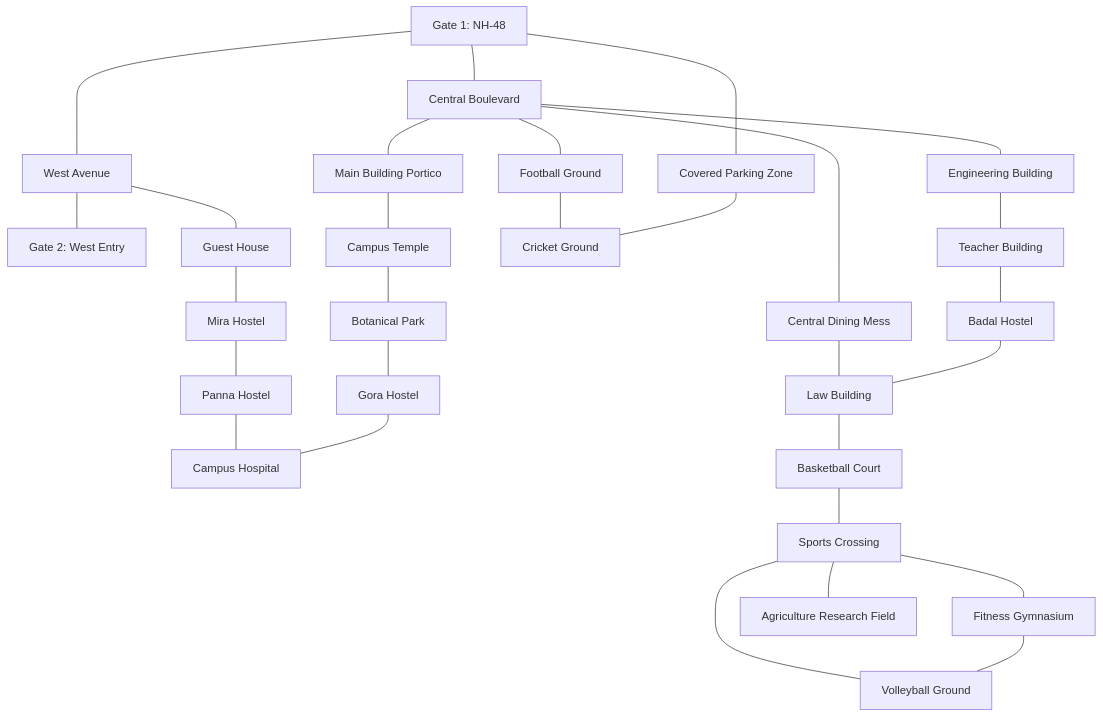
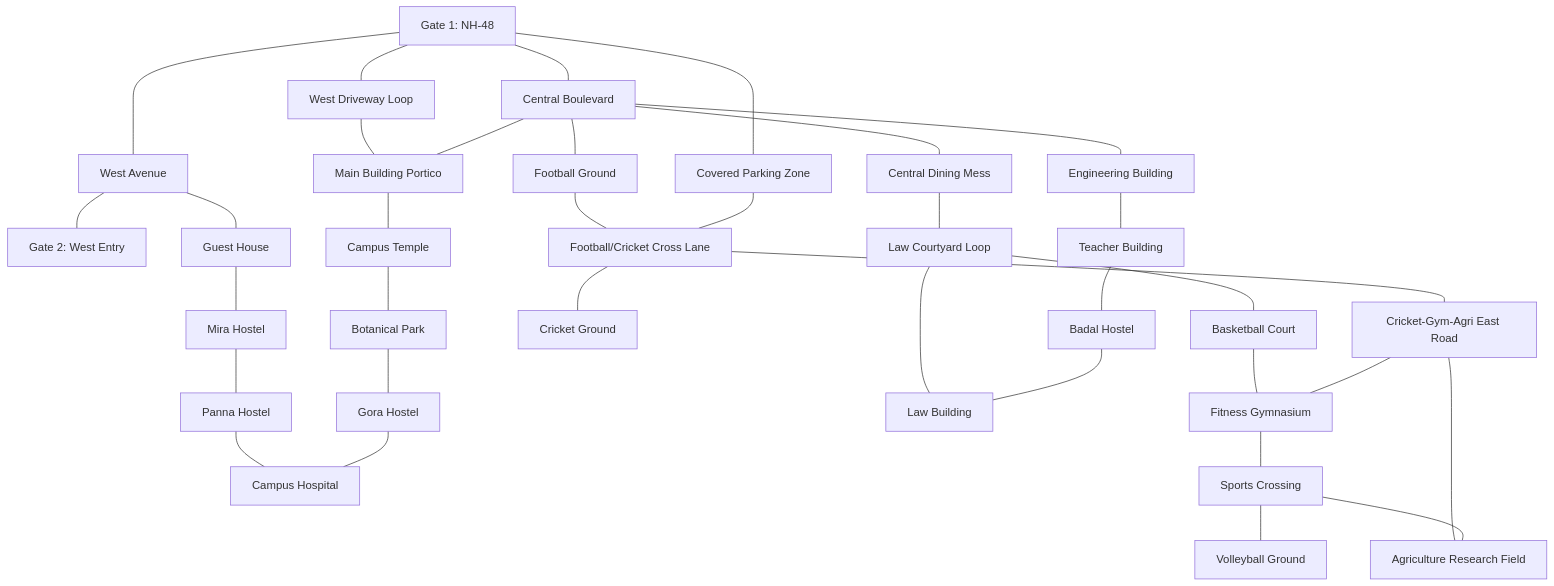
The diagram in docs/modules/CAMPUS_MAP.md (pixel-library/NextCampus), drawn with Mermaid before and after one commit. The commit also changed other lines of this file and 2 other files, not shown here.

Commit message:
fix(gis): recalibrate 6 landmarks and 15 blue road branches to match satellite markup ground truth

````diff
--- a/docs/modules/CAMPUS_MAP.md
+++ b/docs/modules/CAMPUS_MAP.md
@@ -106,31 +106,37 @@
 ```mermaid
 flowchart TD
     G1[Gate 1: NH-48] --- PRK[Covered Parking Zone]
+    G1 --- W_LOOP[West Driveway Loop]
+    W_LOOP --- MAIN[Main Building Portico]
     G1 --- WP[West Avenue]
     WP --- G2[Gate 2: West Entry]
     WP --- GH[Guest House]
     GH --- MIRA[Mira Hostel]
     MIRA --- PANNA[Panna Hostel]
     PANNA --- HOSP[Campus Hospital]
     G1 --- MAIN_W[Central Boulevard]
-    MAIN_W --- MAIN[Main Building Portico]
+    MAIN_W --- MAIN
     MAIN --- TMP[Campus Temple]
     TMP --- PARK[Botanical Park]
     PARK --- GORA[Gora Hostel]
     GORA --- HOSP
     MAIN_W --- FTB[Football Ground]
-    FTB --- CRK[Cricket Ground]
-    PRK --- CRK
+    FTB --- CRK_PATH[Football/Cricket Cross Lane]
+    PRK --- CRK_PATH
+    CRK_PATH --- CRK[Cricket Ground]
+    CRK_PATH --- CRK_E[Cricket-Gym-Agri East Road]
     MAIN_W --- MESS[Central Dining Mess]
-    MESS --- LAW[Law Building]
+    MESS --- LAW_LOOP[Law Courtyard Loop]
+    LAW_LOOP --- LAW[Law Building]
     MAIN_W --- ENG[Engineering Building]
     ENG --- TB[Teacher Building]
     TB --- BADAL[Badal Hostel]
     BADAL --- LAW
-    LAW --- BBALL[Basketball Court]
-    BBALL --- CROSS[Sports Crossing]
-    CROSS --- GYM[Fitness Gymnasium]
+    LAW_LOOP --- BBALL[Basketball Court]
+    BBALL --- GYM[Fitness Gymnasium]
+    GYM --- CROSS[Sports Crossing]
     CROSS --- VBAL[Volleyball Ground]
-    GYM --- VBAL
-    CROSS --- AGR[Agriculture Research Field]
+    CRK_E --- GYM
+    CRK_E --- AGR[Agriculture Research Field]
+    CROSS --- AGR
 ```
````
